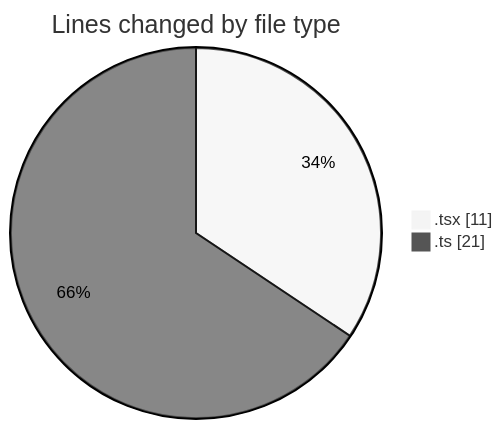
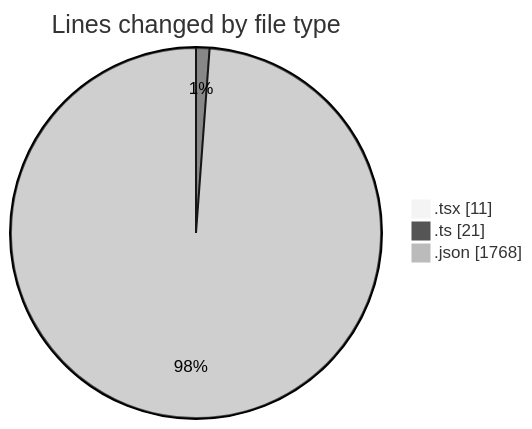
Before and after one commit to EIIisD/code-tracking: the first of 2 diagrams in 2025-07-29/ani/README.md, drawn with Mermaid (neutral theme). The commit also changed other lines of this file and 1 other file, not shown here.

````diff
--- a/2025-07-29/ani/README.md
+++ b/2025-07-29/ani/README.md
@@ -21,6 +22,7 @@
 ```mermaid
 pie showData
 title Lines changed by file type
 ".tsx" : 11
 ".ts" : 21
+".json" : 1768
 ```
````
